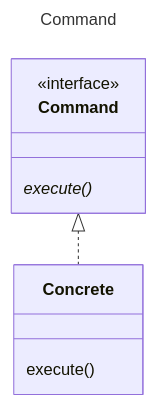
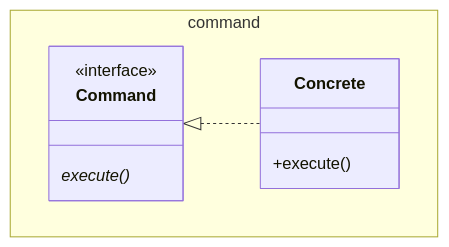
The diagram in src/main/java/org/example/gof/behaviour/command/Command.md (mtrigueira/JGoF), drawn with Mermaid before and after one commit. The commit also changed other lines of this file and 1 other file, not shown here.

Commit message:
Edit Command.md add synonyms and related patterns

````diff
--- a/src/main/java/org/example/gof/behaviour/command/Command.md
+++ b/src/main/java/org/example/gof/behaviour/command/Command.md
@@ -1,15 +5,14 @@
 ```mermaid
----
-title: Command
----
 classDiagram
-    class Command {
-        <<interface>>
-        execute()*
+    namespace command {
+        class Command {
+            <<interface>>
+            execute()*
+        }
+        class Concrete {
+            +execute()
+        }
     }
-    class Concrete {
-        execute()
-    }
+    Command <|.. Concrete
 
-    Command <|.. Concrete
 ```
````
